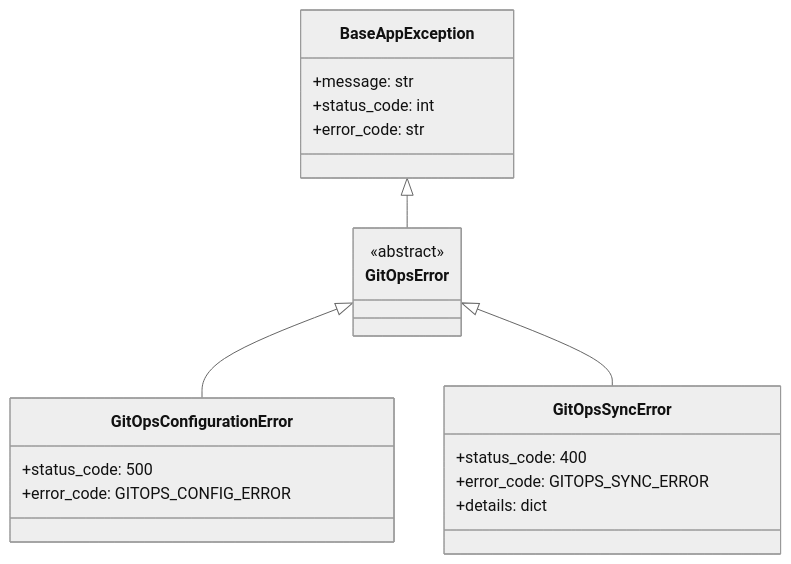
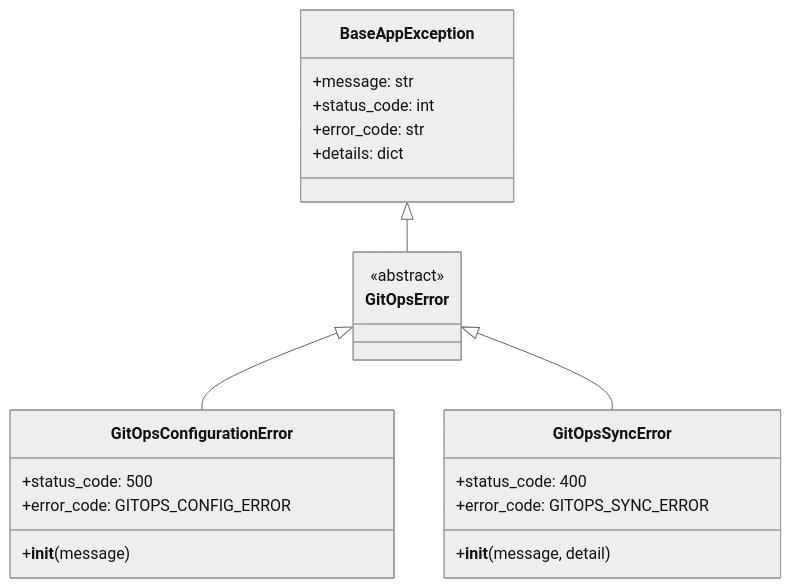
The fifth of 7 diagrams in backend/app/git_ops/ARCHITECTURE.md (sumanin5/blog_fr), drawn with Mermaid (neutral theme) before and after one commit. The commit also changed other lines of this file and 24 other files, not shown here.

````diff
--- a/backend/app/git_ops/ARCHITECTURE.md
+++ b/backend/app/git_ops/ARCHITECTURE.md
@@ -328,27 +507,29 @@
 ```mermaid
 classDiagram
     BaseAppException <|-- GitOpsError
     GitOpsError <|-- GitOpsConfigurationError
     GitOpsError <|-- GitOpsSyncError
 
     class BaseAppException {
         +message: str
         +status_code: int
         +error_code: str
+        +details: dict
     }
 
     class GitOpsError {
         <<abstract>>
     }
 
     class GitOpsConfigurationError {
         +status_code: 500
         +error_code: GITOPS_CONFIG_ERROR
+        +__init__(message)
     }
 
     class GitOpsSyncError {
         +status_code: 400
         +error_code: GITOPS_SYNC_ERROR
-        +details: dict
+        +__init__(message, detail)
     }
 ```
````
